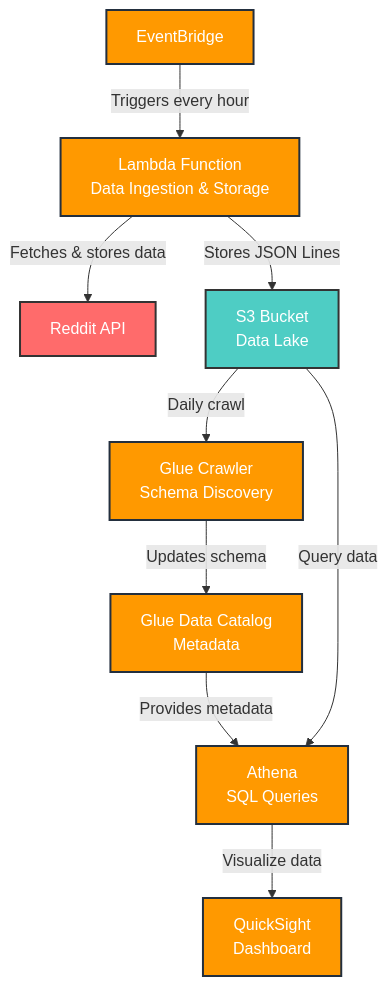
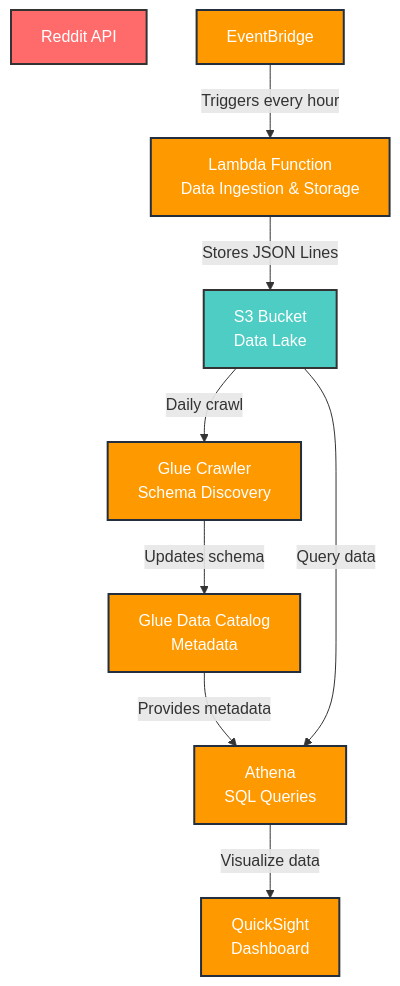
Before and after one commit to YonatanHanasav/aws-reddit-streaming-pipeline: the diagram in README.md, drawn with Mermaid.

Commit message:
Readme edits

````diff
--- a/README.md
+++ b/README.md
@@ -16,28 +16,27 @@
 ```mermaid
 graph TB
     RedditAPI[Reddit API] 
     EventBridge[EventBridge<br/>]
     Lambda[Lambda Function<br/>Data Ingestion & Storage]
     S3[S3 Bucket<br/>Data Lake]
     GlueCrawler[Glue Crawler<br/>Schema Discovery]
     DataCatalog[Glue Data Catalog<br/>Metadata]
     Athena[Athena<br/>SQL Queries]
     QuickSight[QuickSight<br/>Dashboard]
     
     EventBridge -->|Triggers every hour| Lambda
-    Lambda -->|Fetches & stores data| RedditAPI
     Lambda -->|Stores JSON Lines| S3
     S3 -->|Daily crawl| GlueCrawler
     GlueCrawler -->|Updates schema| DataCatalog
     DataCatalog -->|Provides metadata| Athena
     S3 -->|Query data| Athena
     Athena -->|Visualize data| QuickSight
     
     classDef aws fill:#FF9900,stroke:#232F3E,stroke-width:2px,color:#fff
     classDef external fill:#FF6B6B,stroke:#333,stroke-width:2px,color:#fff
     classDef data fill:#4ECDC4,stroke:#333,stroke-width:2px,color:#fff
     
     class EventBridge,Lambda,S3,GlueCrawler,DataCatalog,Athena,QuickSight aws
     class RedditAPI external
     class S3 data
 ```
````
